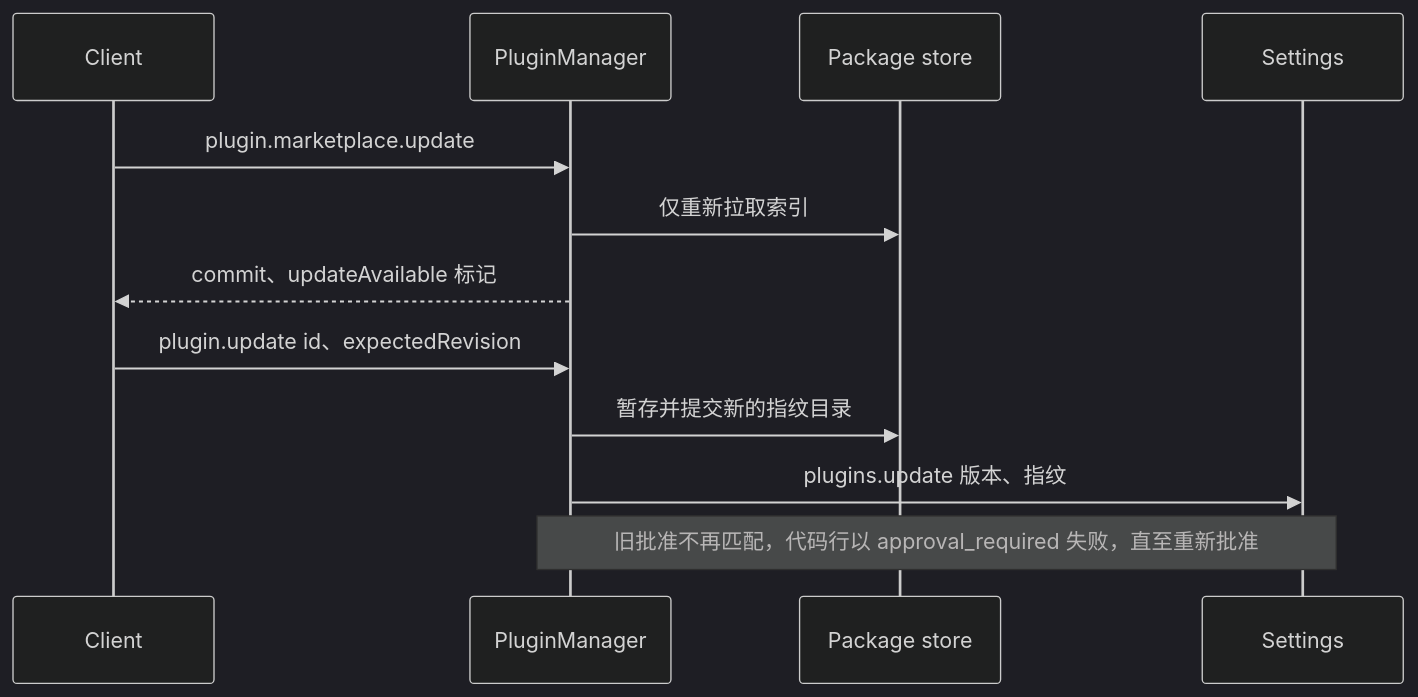
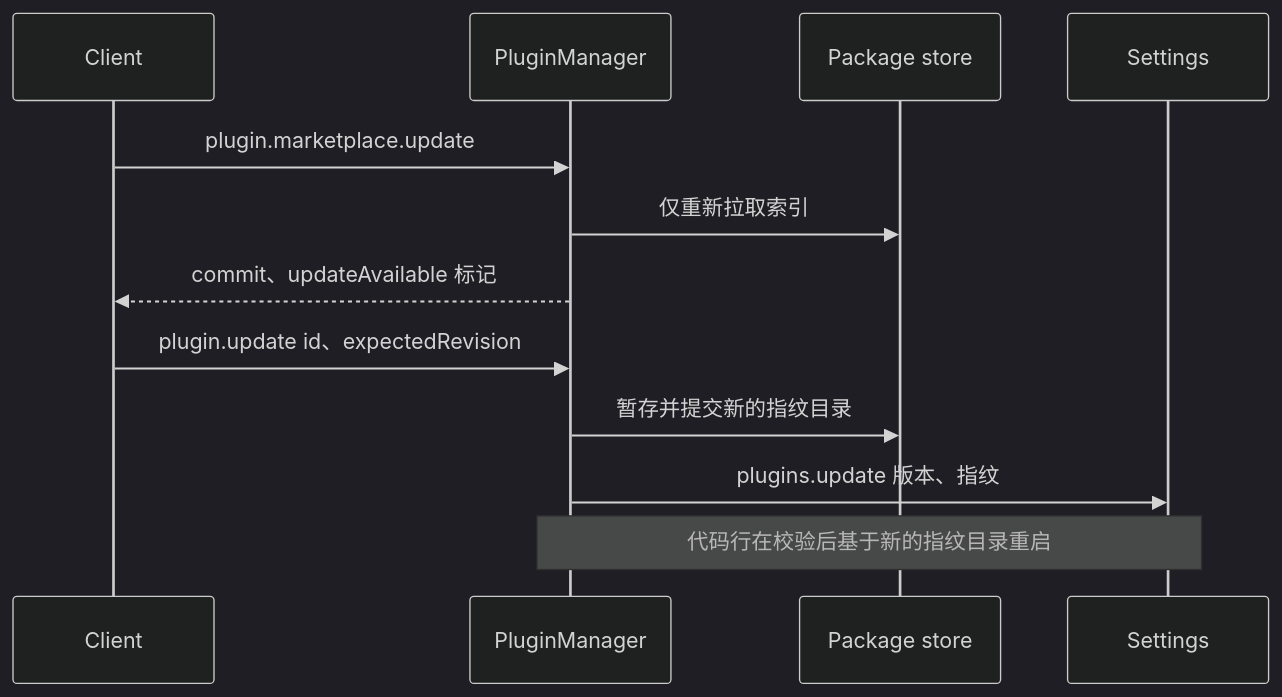
The fifth of 6 diagrams in docs/zh/design/plugins/PluginManager.md (CoutinhoTTS/dim-agent), drawn with Mermaid (dark theme) before and after one commit. The commit also changed other lines of this file and 40 other files, not shown here.

````diff
--- a/docs/zh/design/plugins/PluginManager.md
+++ b/docs/zh/design/plugins/PluginManager.md
@@ -117,14 +112,14 @@
 ```mermaid
 sequenceDiagram
   participant C as Client
   participant PM as PluginManager
   participant PS as Package store
   participant S as Settings
   C->>PM: plugin.marketplace.update
   PM->>PS: 仅重新拉取索引
   PM-->>C: commit、updateAvailable 标记
   C->>PM: plugin.update id、expectedRevision
   PM->>PS: 暂存并提交新的指纹目录
   PM->>S: plugins.update 版本、指纹
-  Note over PM,S: 旧批准不再匹配，代码行以 approval_required 失败，直至重新批准
+  Note over PM,S: 代码行在校验后基于新的指纹目录重启
 ```
````
